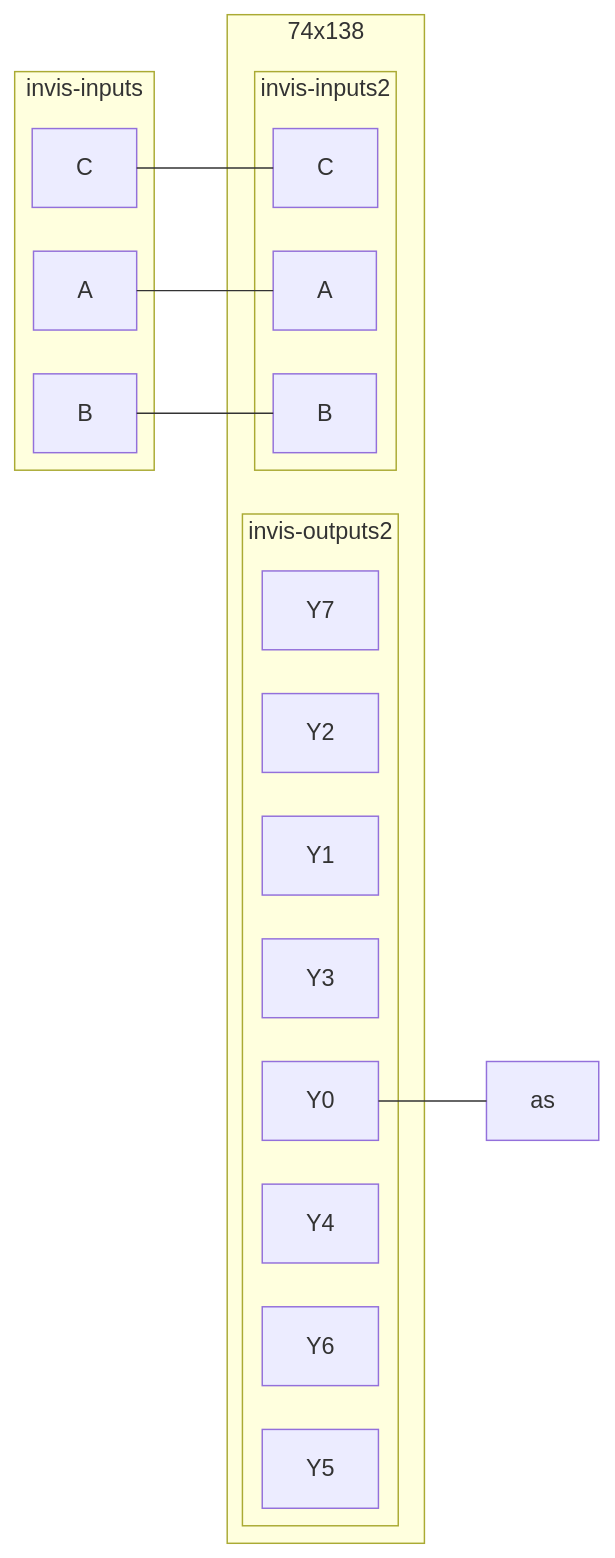
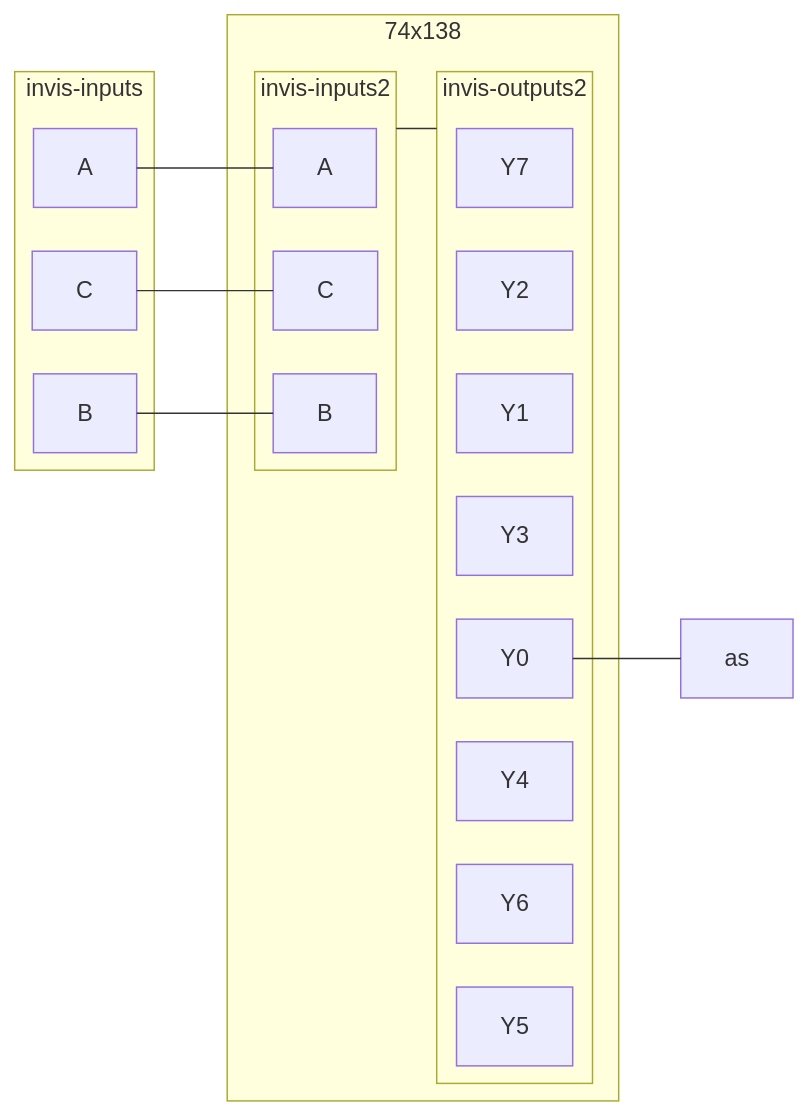
Before and after one commit to tnichols217/notes: the diagram in CSDS 281 - Logic Design/HW/7/tables.md, drawn with Mermaid.

Commit message:
vault backup: 2024-03-27 10:48:14

````diff
--- a/CSDS 281 - Logic Design/HW/7/tables.md
+++ b/CSDS 281 - Logic Design/HW/7/tables.md
@@ -27,27 +27,28 @@
 ```mermaid
 %%{ init: { 'flowchart': { 'curve': 'stepBefore', "defaultRenderer": "elk" } } }%%
 flowchart LR
 subgraph invis-inputs
 A
 B
 C
 end
 subgraph 74x138
 subgraph invis-inputs2
 A --- Aa["A"]
 B --- Bb["B"]
 C --- Cc["C"]
 end
 subgraph invis-outputs2
 Y0
 Y1
 Y2
 Y3
 Y4
 Y5
 Y6
 Y7
 end
+invis-inputs2 --- invis-outputs2
 end
 Y0 --- as
 ```
````
